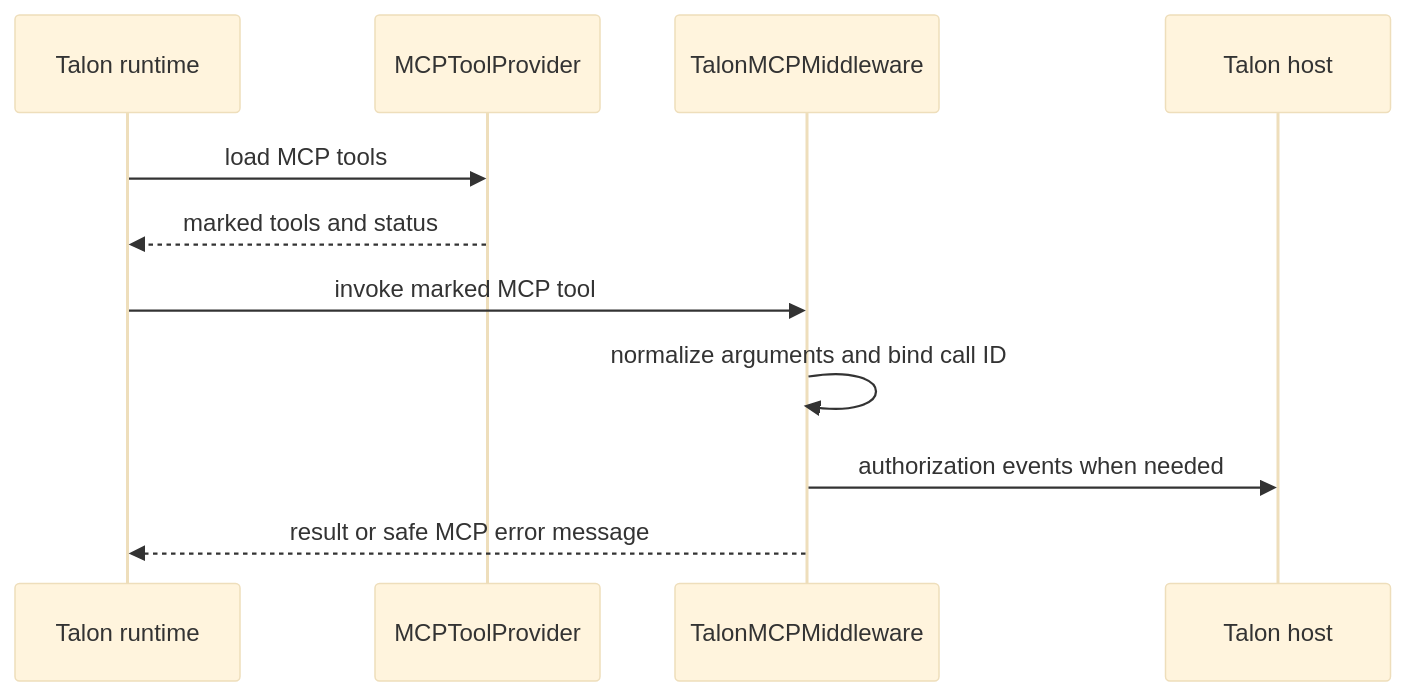
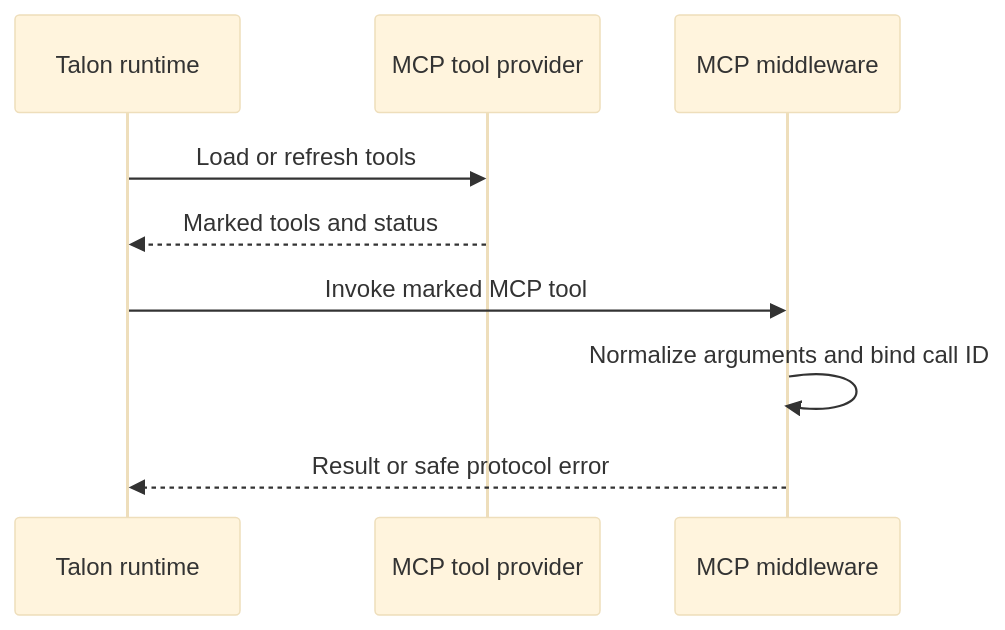
One commit to langchain-ai/deepagents changed the second of 2 diagrams in openwiki/architecture/source-map.md. Above: the diagram before and after it, drawn with Mermaid (base theme). The commit also changed other lines of this file and 26 other files, not shown here.

````diff
--- a/openwiki/architecture/source-map.md
+++ b/openwiki/architecture/source-map.md
@@ -97,13 +119,11 @@
 ```mermaid
 sequenceDiagram
-    participant Runtime as Talon runtime
-    participant Provider as MCPToolProvider
-    participant Middleware as TalonMCPMiddleware
-    participant Host as Talon host
-    Runtime->>Provider: load MCP tools
-    Provider-->>Runtime: marked tools and status
-    Runtime->>Middleware: invoke marked MCP tool
-    Middleware->>Middleware: normalize arguments and bind call ID
-    Middleware->>Host: authorization events when needed
-    Middleware-->>Runtime: result or safe MCP error message
+  participant Runtime as Talon runtime
+  participant Provider as MCP tool provider
+  participant Middleware as MCP middleware
+  Runtime->>Provider: Load or refresh tools
+  Provider-->>Runtime: Marked tools and status
+  Runtime->>Middleware: Invoke marked MCP tool
+  Middleware->>Middleware: Normalize arguments and bind call ID
+  Middleware-->>Runtime: Result or safe protocol error
 ```
````
